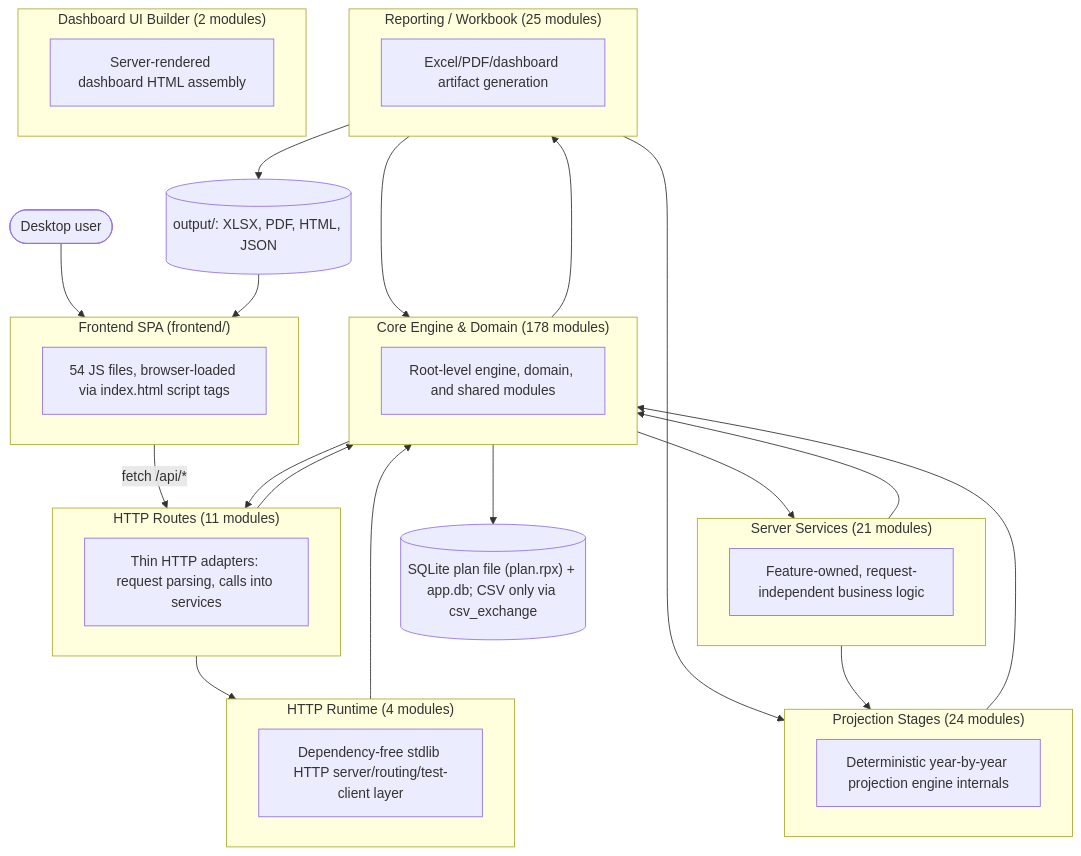
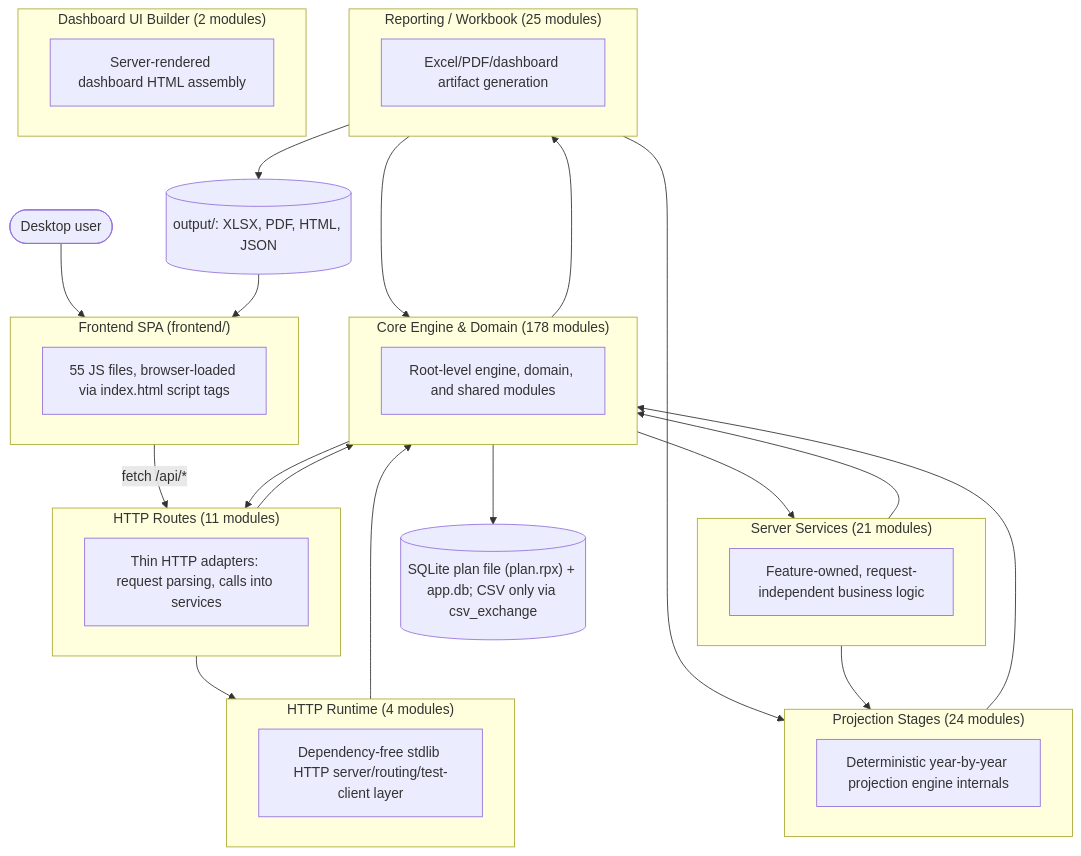
One commit to matthartzman/retirement_system changed the first of 2 diagrams in documentation/reference/SYSTEM_ARCHITECTURE_DIAGRAM.md. Above: the diagram before and after it, drawn with Mermaid. The commit also changed other lines of this file and 12 other files, not shown here.

````diff
--- a/documentation/reference/SYSTEM_ARCHITECTURE_DIAGRAM.md
+++ b/documentation/reference/SYSTEM_ARCHITECTURE_DIAGRAM.md
@@ -11,43 +11,43 @@
 ```mermaid
 flowchart TB
     User(["Desktop user"]) --> FE
     subgraph FE["Frontend SPA (frontend/)"]
-        FEcount["54 JS files, browser-loaded via index.html script tags"]
+        FEcount["55 JS files, browser-loaded via index.html script tags"]
     end
     FE -->|fetch /api/*| L_HTTP_Routes
     subgraph L_HTTP_Routes["HTTP Routes (11 modules)"]
         L_HTTP_Routes_d["Thin HTTP adapters: request parsing, calls into services"]
     end
     subgraph L_Server_Services["Server Services (21 modules)"]
         L_Server_Services_d["Feature-owned, request-independent business logic"]
     end
     subgraph L_HTTP_Runtime["HTTP Runtime (4 modules)"]
         L_HTTP_Runtime_d["Dependency-free stdlib HTTP server/routing/test-client layer"]
     end
     subgraph L_Core_Engine___Domain["Core Engine & Domain (178 modules)"]
         L_Core_Engine___Domain_d["Root-level engine, domain, and shared modules"]
     end
     subgraph L_Projection_Stages["Projection Stages (24 modules)"]
         L_Projection_Stages_d["Deterministic year-by-year projection engine internals"]
     end
     subgraph L_Reporting___Workbook["Reporting / Workbook (25 modules)"]
         L_Reporting___Workbook_d["Excel/PDF/dashboard artifact generation"]
     end
     subgraph L_Dashboard_UI_Builder["Dashboard UI Builder (2 modules)"]
         L_Dashboard_UI_Builder_d["Server-rendered dashboard HTML assembly"]
     end
     L_Core_Engine___Domain --> L_HTTP_Routes
     L_Core_Engine___Domain --> L_Reporting___Workbook
     L_Core_Engine___Domain --> L_Server_Services
     L_HTTP_Routes --> L_Core_Engine___Domain
     L_HTTP_Routes --> L_HTTP_Runtime
     L_HTTP_Runtime --> L_Core_Engine___Domain
     L_Projection_Stages --> L_Core_Engine___Domain
     L_Reporting___Workbook --> L_Core_Engine___Domain
     L_Reporting___Workbook --> L_Projection_Stages
     L_Server_Services --> L_Core_Engine___Domain
     L_Server_Services --> L_Projection_Stages
     L_Core_Engine___Domain --> DB[("SQLite plan file (plan.rpx) + app.db; CSV only via csv_exchange")]
     L_Reporting___Workbook --> Outputs[("output/: XLSX, PDF, HTML, JSON")]
     Outputs --> FE
 ```
````
